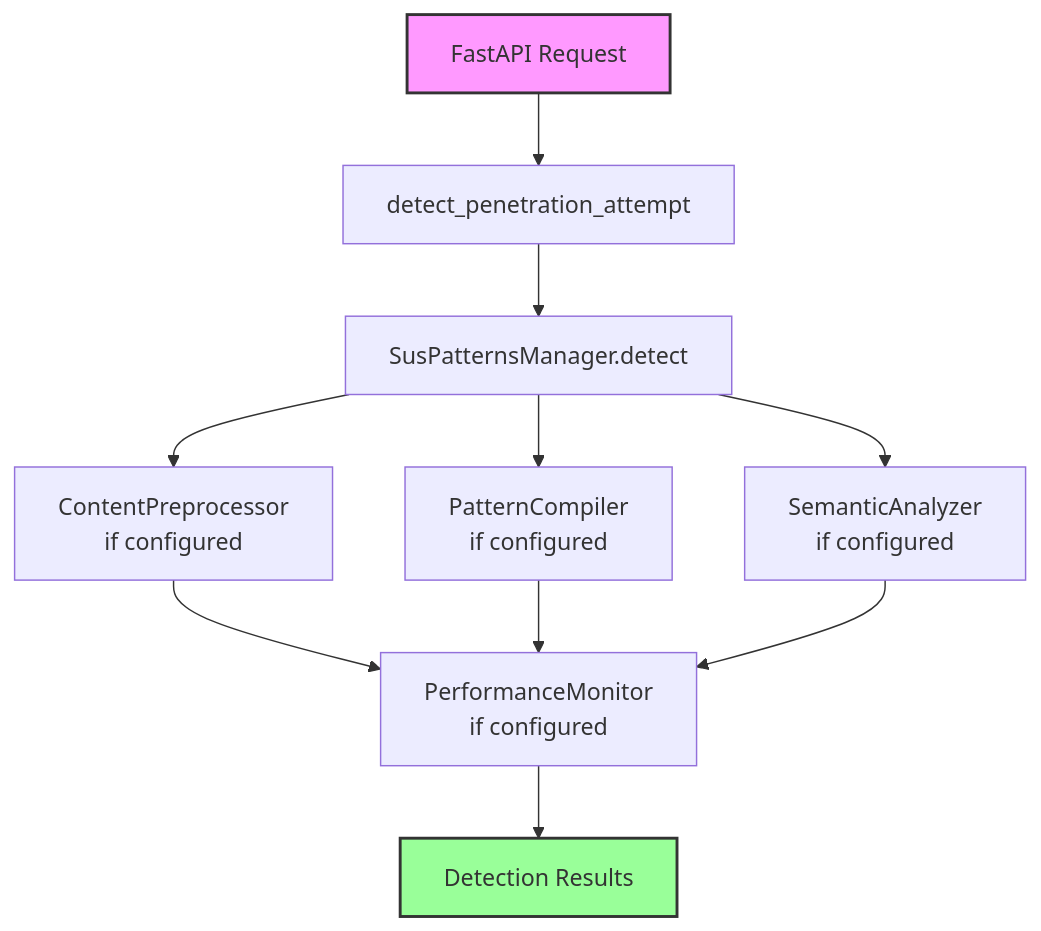
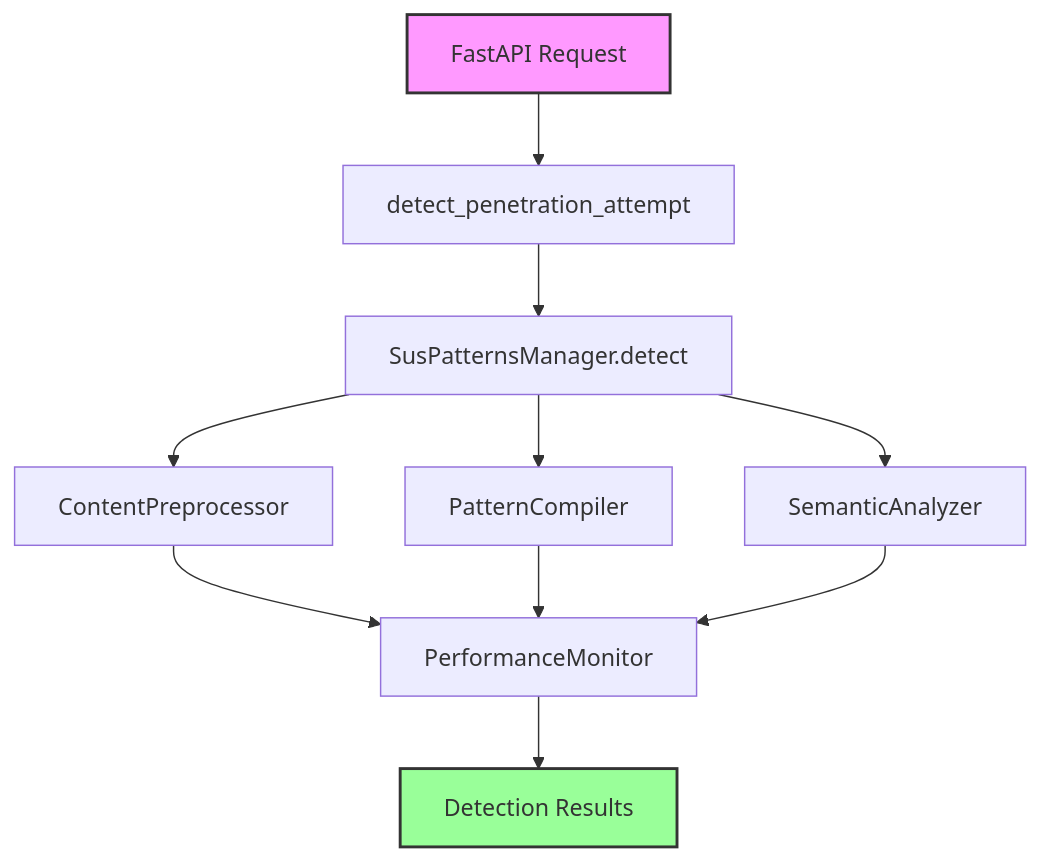
The diagram in docs/tutorial/security/detection-engine/overview.md (Guard-Core/fastapi-guard), drawn with Mermaid before and after one commit. The commit also changed other lines of this file and 33 other files, not shown here.

````diff
--- a/docs/tutorial/security/detection-engine/overview.md
+++ b/docs/tutorial/security/detection-engine/overview.md
@@ -61,18 +62,18 @@
 ```mermaid
 flowchart TB
     Request[FastAPI Request] --> DPA[detect_penetration_attempt]
     DPA --> SPM[SusPatternsManager.detect]
 
-    SPM --> CP[ContentPreprocessor<br/>if configured]
-    SPM --> PC[PatternCompiler<br/>if configured]
-    SPM --> SA[SemanticAnalyzer<br/>if configured]
+    SPM --> CP[ContentPreprocessor]
+    SPM --> PC[PatternCompiler]
+    SPM --> SA[SemanticAnalyzer]
 
-    CP --> PM[PerformanceMonitor<br/>if configured]
+    CP --> PM[PerformanceMonitor]
     PC --> PM
     SA --> PM
 
     PM --> Results[Detection Results]
 
     style Request fill:#f9f,stroke:#333,stroke-width:2px
     style Results fill:#9f9,stroke:#333,stroke-width:2px
 ```
````
